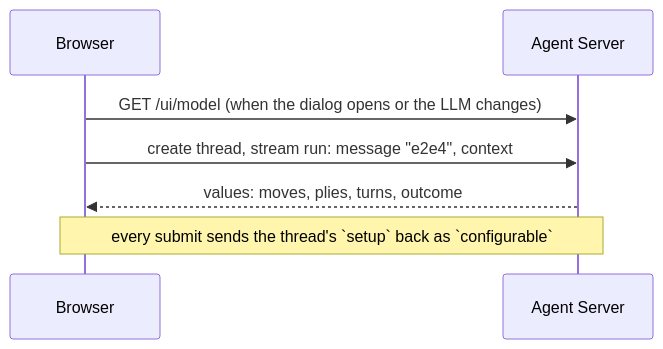
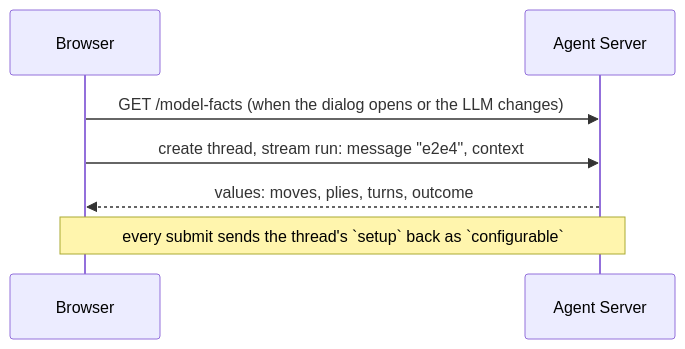
Before and after one commit to darieldatoon/langchain-chess: the diagram in apps/web/README.md, drawn with Mermaid. The commit also changed other lines of this file and 21 other files, not shown here.

First line of the commit message:
Stop serving the web UI from the agent; rename /ui/model to /model-facts

````diff
--- a/apps/web/README.md
+++ b/apps/web/README.md
@@ -115,9 +115,9 @@
 ```mermaid
 sequenceDiagram
   participant B as Browser
   participant S as Agent Server
-  B->>S: GET /ui/model (when the dialog opens or the LLM changes)
+  B->>S: GET /model-facts (when the dialog opens or the LLM changes)
   B->>S: create thread, stream run: message "e2e4", context
   S-->>B: values: moves, plies, turns, outcome
   Note over B,S: every submit sends the thread's `setup` back as `configurable`
 ```
````
